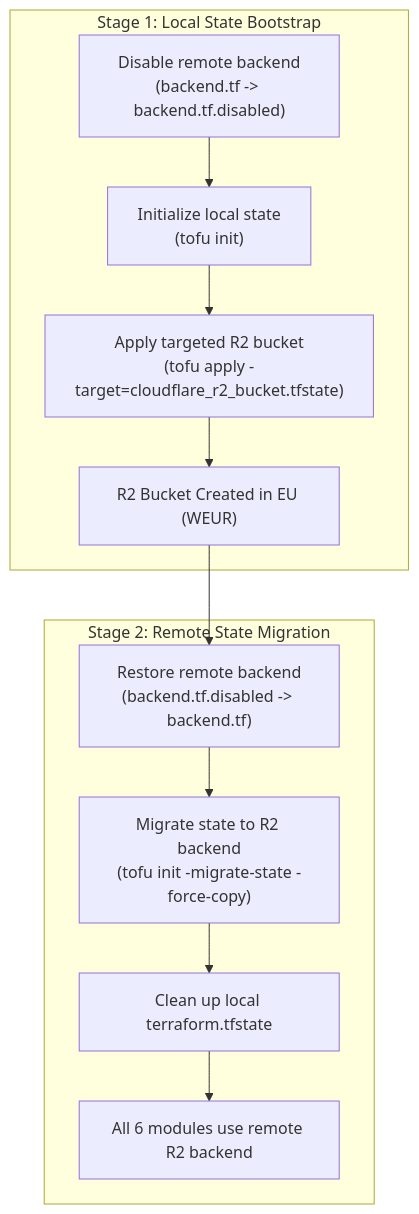
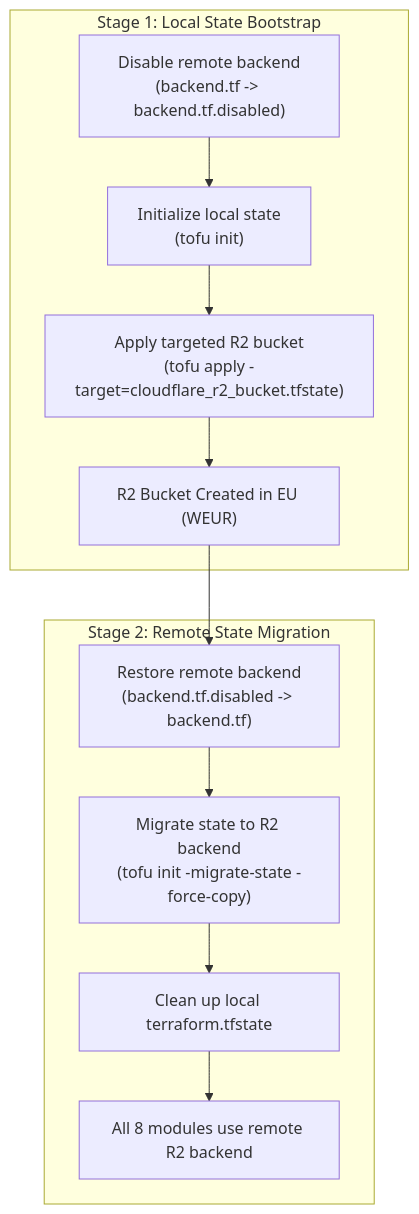
Before and after one commit to busybeaver-homelab/infra: the diagram in infrastructure/README.md, drawn with Mermaid. The commit also changed other lines of this file and 15 other files, not shown here.

````diff
--- a/infrastructure/README.md
+++ b/infrastructure/README.md
@@ -37,15 +39,15 @@
 ```mermaid
 flowchart TD
     subgraph Stage1["Stage 1: Local State Bootstrap"]
         A1["Disable remote backend<br/>(backend.tf -> backend.tf.disabled)"] --> B1["Initialize local state<br/>(tofu init)"]
         B1 --> C1["Apply targeted R2 bucket<br/>(tofu apply -target=cloudflare_r2_bucket.tfstate)"]
         C1 --> D1["R2 Bucket Created in EU (WEUR)"]
     end
 
     subgraph Stage2["Stage 2: Remote State Migration"]
         D1 --> A2["Restore remote backend<br/>(backend.tf.disabled -> backend.tf)"]
         A2 --> B2["Migrate state to R2 backend<br/>(tofu init -migrate-state -force-copy)"]
         B2 --> C2["Clean up local terraform.tfstate"]
-        C2 --> D2["All 6 modules use remote R2 backend"]
+        C2 --> D2["All 8 modules use remote R2 backend"]
     end
 ```
````
